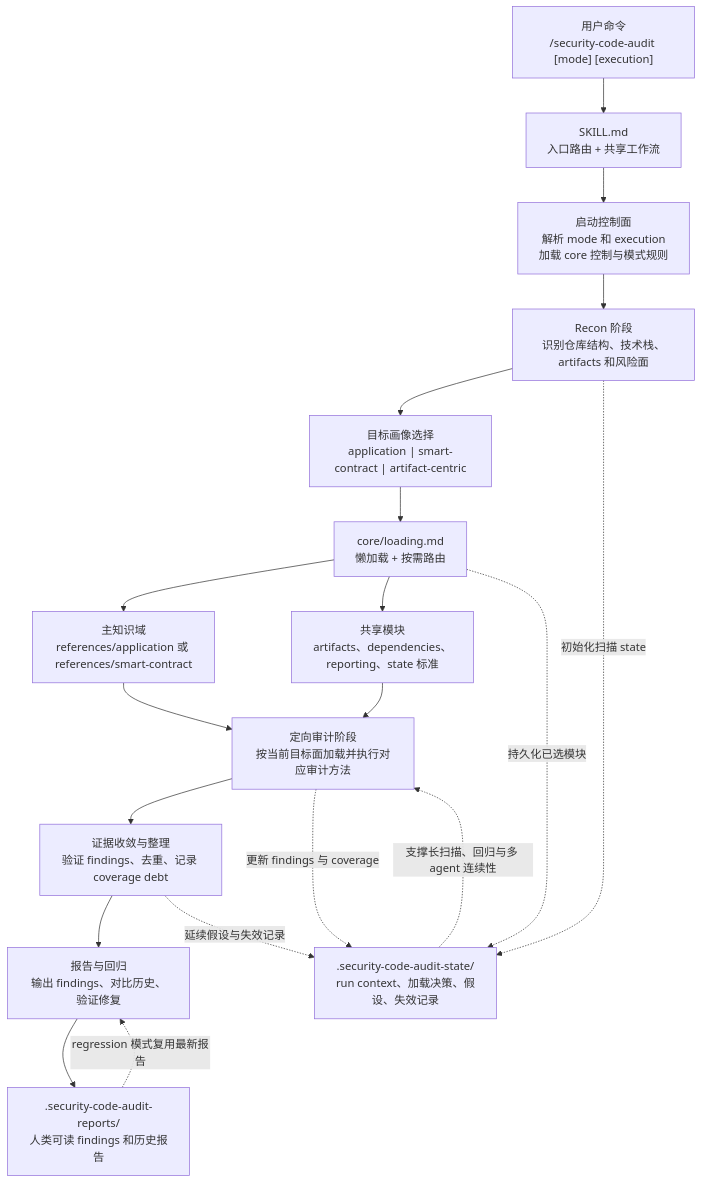
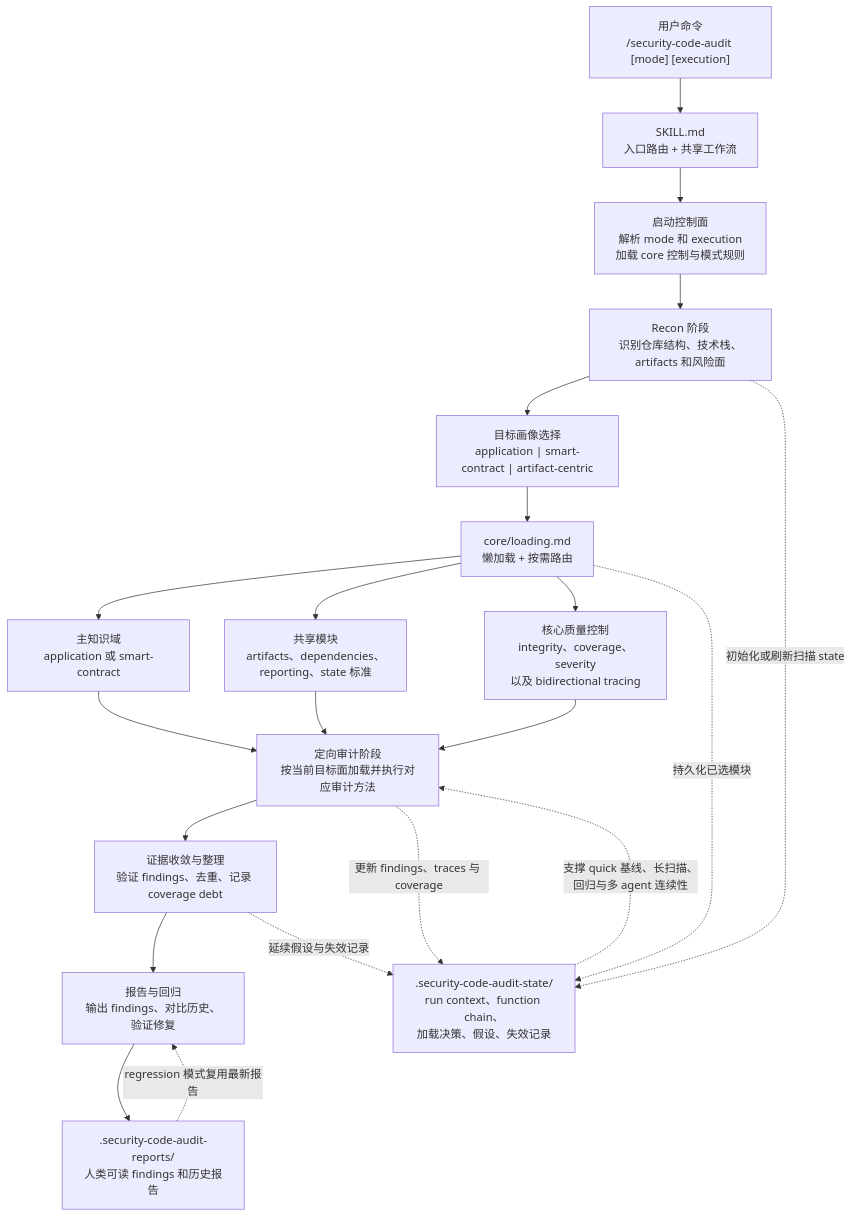
One commit to sari3l/security-code-audit-skill changed the diagram in README-CN.md. Above: the diagram before and after it, drawn with Mermaid. The commit also changed other lines of this file and 65 other files, not shown here.

````diff
--- a/README-CN.md
+++ b/README-CN.md
@@ -57,42 +74,45 @@
 ```mermaid
 flowchart TD
     A["用户命令<br/>/security-code-audit [mode] [execution]"]
     B["SKILL.md<br/>入口路由 + 共享工作流"]
 
     C["启动控制面<br/>解析 mode 和 execution<br/>加载 core 控制与模式规则"]
     D["Recon 阶段<br/>识别仓库结构、技术栈、artifacts 和风险面"]
     E["目标画像选择<br/>application | smart-contract | artifact-centric"]
 
     F["core/loading.md<br/>懒加载 + 按需路由"]
-    G["主知识域<br/>references/application 或 references/smart-contract"]
+    G["主知识域<br/>application 或 smart-contract"]
     H["共享模块<br/>artifacts、dependencies、reporting、state 标准"]
+    T["核心质量控制<br/>integrity、coverage、severity<br/>以及 bidirectional tracing"]
 
     I["定向审计阶段<br/>按当前目标面加载并执行对应审计方法"]
     J["证据收敛与整理<br/>验证 findings、去重、记录 coverage debt"]
     K["报告与回归<br/>输出 findings、对比历史、验证修复"]
 
-    S[".security-code-audit-state/<br/>run context、加载决策、假设、失效记录"]
+    S[".security-code-audit-state/<br/>run context、function chain、<br/>加载决策、假设、失效记录"]
     R[".security-code-audit-reports/<br/>人类可读 findings 和历史报告"]
 
     A --> B
     B --> C
     C --> D
     D --> E
     E --> F
 
     F --> G
     F --> H
+    F --> T
 
     G --> I
     H --> I
+    T --> I
     I --> J
     J --> K
     K --> R
 
-    D -. 初始化扫描 state .-> S
+    D -. 初始化或刷新扫描 state .-> S
     F -. 持久化已选模块 .-> S
-    I -. 更新 findings 与 coverage .-> S
+    I -. 更新 findings、traces 与 coverage .-> S
     J -. 延续假设与失效记录 .-> S
-    S -. 支撑长扫描、回归与多 agent 连续性 .-> I
+    S -. 支撑 quick 基线、长扫描、<br/>回归与多 agent 连续性 .-> I
     R -. regression 模式复用最新报告 .-> K
 ```
````
